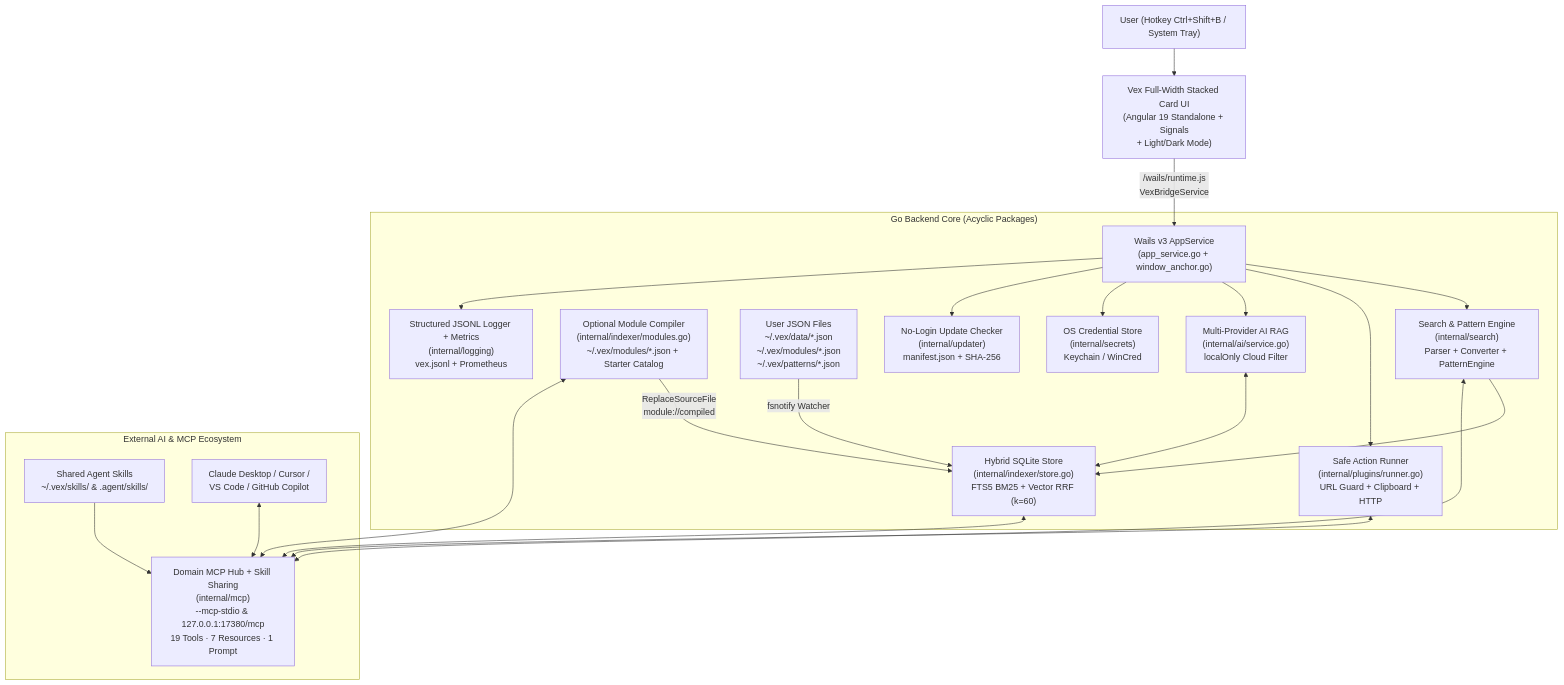
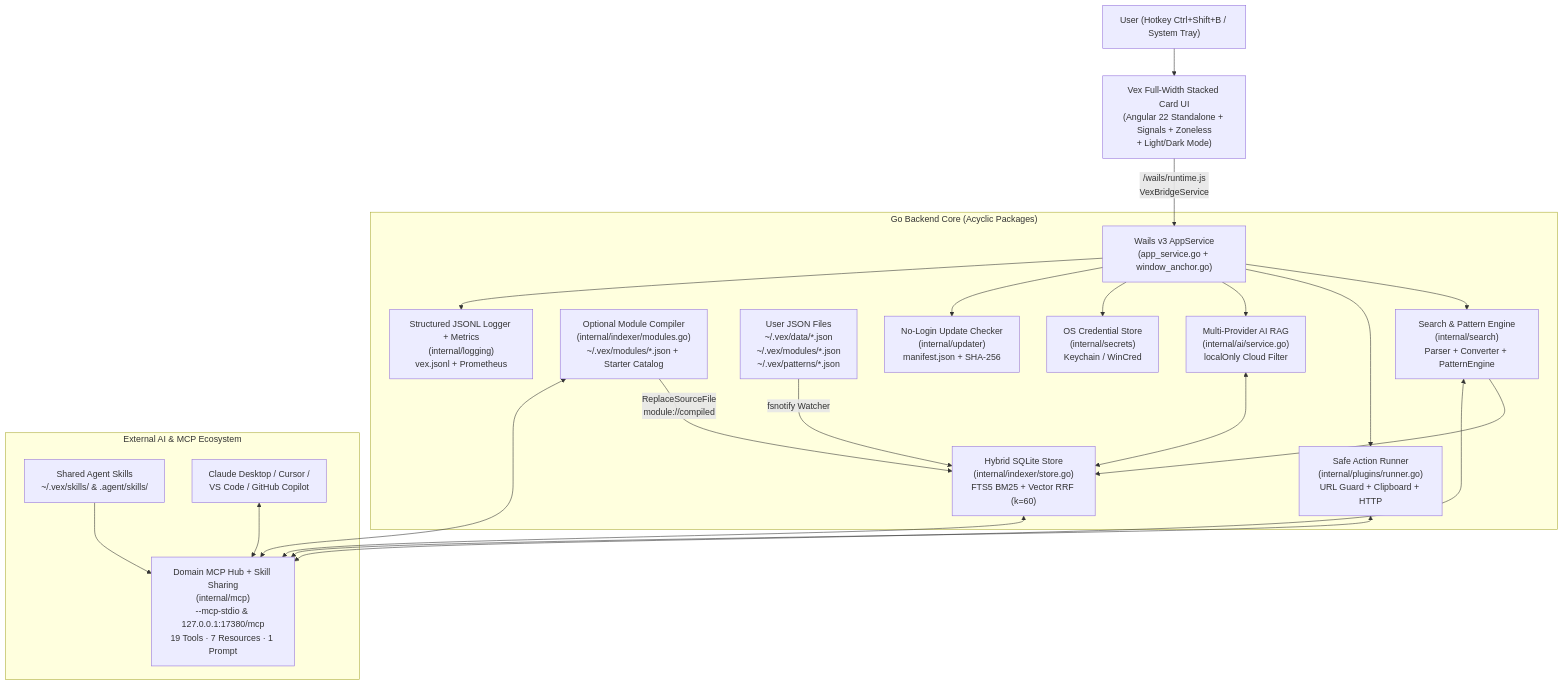
Before and after one commit to lebestiarii/vex-app: the diagram in docs/ARCHITECTURE.md, drawn with Mermaid. The commit also changed other lines of this file and 28 other files, not shown here.

Commit message:
feat(frontend): migrate to Angular 22 zoneless, add Vitest suite, and sync docs/skills

````diff
--- a/docs/ARCHITECTURE.md
+++ b/docs/ARCHITECTURE.md
@@ -10,29 +10,29 @@
 ```mermaid
 flowchart TD
-    User["User (Hotkey Ctrl+Shift+B / System Tray)"] --> UI["Vex Full-Width Stacked Card UI\n(Angular 19 Standalone + Signals\n+ Light/Dark Mode)"]
+    User["User (Hotkey Ctrl+Shift+B / System Tray)"] --> UI["Vex Full-Width Stacked Card UI\n(Angular 22 Standalone + Signals + Zoneless\n+ Light/Dark Mode)"]
     UI -->|"/wails/runtime.js\nVexBridgeService"| RPC["Wails v3 AppService\n(app_service.go + window_anchor.go)"]
 
     subgraph Core["Go Backend Core (Acyclic Packages)"]
         RPC --> Search["Search & Pattern Engine\n(internal/search)\nParser + Converter + PatternEngine"]
         Search --> Store["Hybrid SQLite Store\n(internal/indexer/store.go)\nFTS5 BM25 + Vector RRF (k=60)"]
         Modules["Optional Module Compiler\n(internal/indexer/modules.go)\n~/.vex/modules/*.json + Starter Catalog"] -->|"ReplaceSourceFile\nmodule://compiled"| Store
         UserData["User JSON Files\n~/.vex/data/*.json\n~/.vex/modules/*.json\n~/.vex/patterns/*.json"] -->|"fsnotify Watcher"| Store
         RPC --> Runner["Safe Action Runner\n(internal/plugins/runner.go)\nURL Guard + Clipboard + HTTP"]
         RPC --> AI["Multi-Provider AI RAG\n(internal/ai/service.go)\nlocalOnly Cloud Filter"]
         RPC --> Secrets["OS Credential Store\n(internal/secrets)\nKeychain / WinCred"]
         RPC --> Updater["No-Login Update Checker\n(internal/updater)\nmanifest.json + SHA-256"]
         RPC --> Log["Structured JSONL Logger + Metrics\n(internal/logging)\nvex.jsonl + Prometheus"]
     end
 
     subgraph External["External AI & MCP Ecosystem"]
         MCP["Domain MCP Hub + Skill Sharing\n(internal/mcp)\n--mcp-stdio & 127.0.0.1:17380/mcp\n19 Tools · 7 Resources · 1 Prompt"]
         Skills["Shared Agent Skills\n~/.vex/skills/ & .agent/skills/"] --> MCP
         Clients["Claude Desktop / Cursor /\nVS Code / GitHub Copilot"] <--> MCP
     end
 
     Store <--> MCP
     Search <--> MCP
     Runner <--> MCP
     Modules <--> MCP
     AI <--> Store
 ```
````
